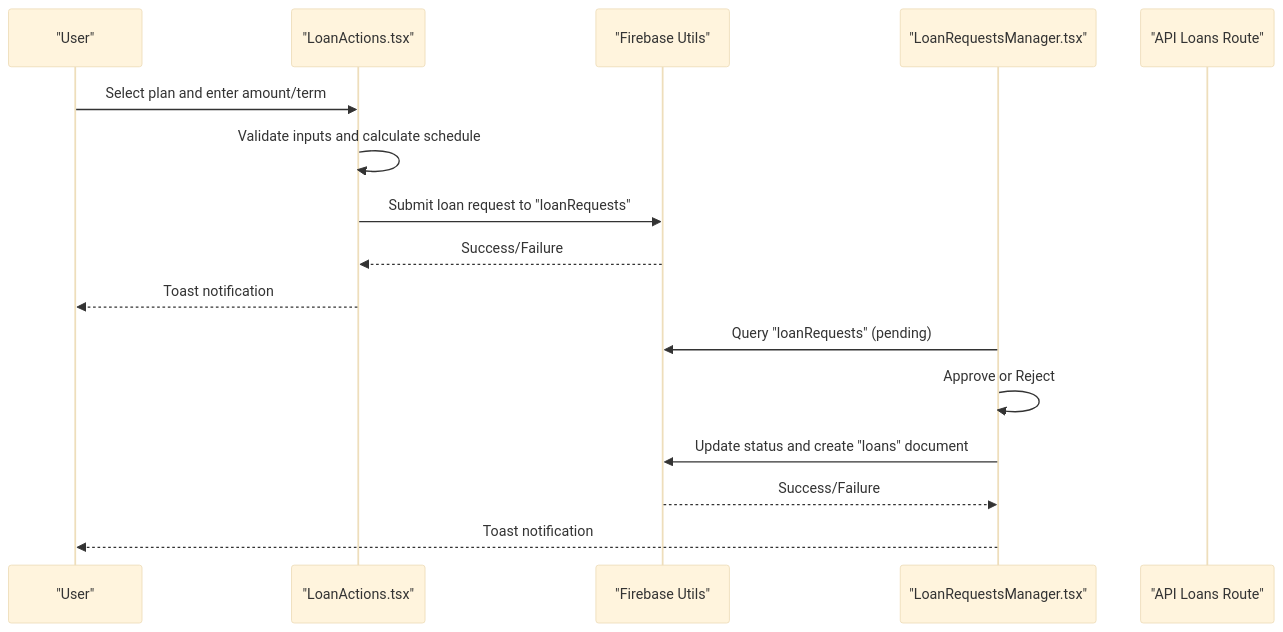
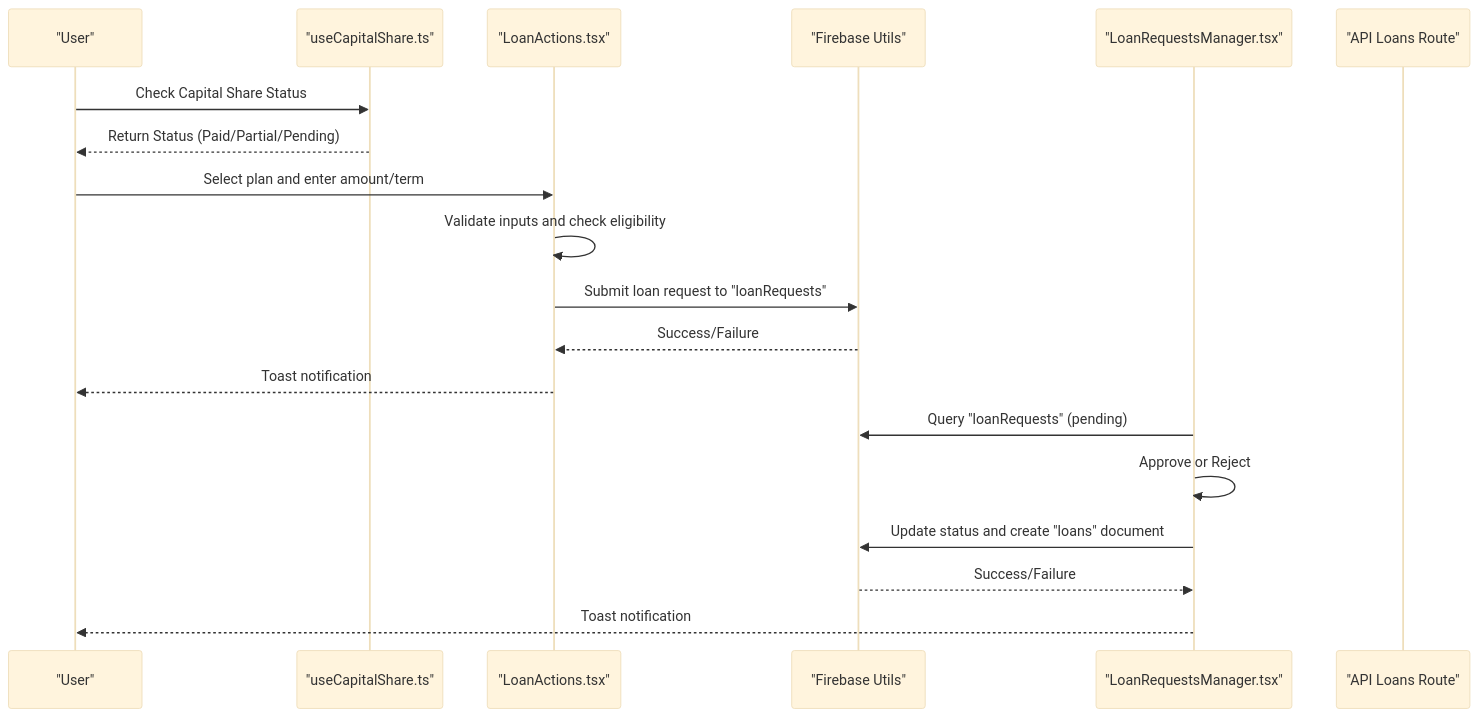
Before and after one commit to Unsure-bry/sampacoop_system: the second of 11 diagrams in .qoder/repowiki/en/content/Loan Management System/Loan Application Workflow.md, drawn with Mermaid (base theme). The commit also changed other lines of this file and 6 other files, not shown here.

````diff
--- a/.qoder/repowiki/en/content/Loan Management System/Loan Application Workflow.md
+++ b/.qoder/repowiki/en/content/Loan Management System/Loan Application Workflow.md
@@ -116,18 +140,21 @@
 ```mermaid
 sequenceDiagram
 participant U as "User"
+participant CS as "useCapitalShare.ts"
 participant LA as "LoanActions.tsx"
 participant FB as "Firebase Utils"
 participant ADM as "LoanRequestsManager.tsx"
 participant API as "API Loans Route"
+U->>CS : Check Capital Share Status
+CS-->>U : Return Status (Paid/Partial/Pending)
 U->>LA : Select plan and enter amount/term
-LA->>LA : Validate inputs and calculate schedule
+LA->>LA : Validate inputs and check eligibility
 LA->>FB : Submit loan request to "loanRequests"
 FB-->>LA : Success/Failure
 LA-->>U : Toast notification
 ADM->>FB : Query "loanRequests" (pending)
 ADM->>ADM : Approve or Reject
 ADM->>FB : Update status and create "loans" document
 FB-->>ADM : Success/Failure
 ADM-->>U : Toast notification
 ```
````
